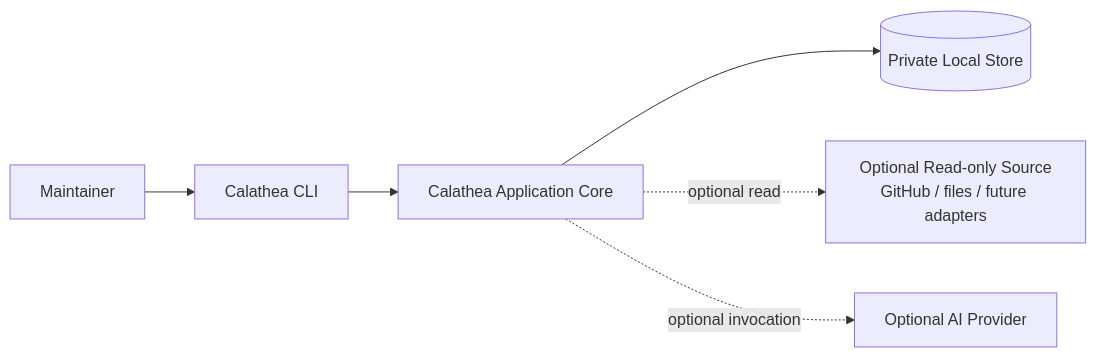
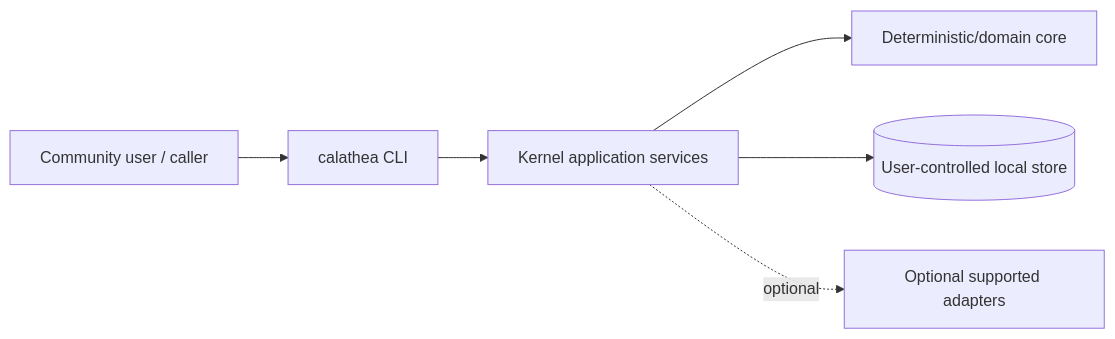
The first of 3 diagrams in docs/architecture/system-context.md (hackelia-micrantha/calathea-community), drawn with Mermaid before and after one commit. The commit also changed other lines of this file, not shown here.

Commit message:
docs: scope system context to community kernel

````diff
--- a/docs/architecture/system-context.md
+++ b/docs/architecture/system-context.md
@@ -17,15 +21,15 @@
 ```mermaid
 flowchart LR
-    U[Maintainer]
-    C[Calathea CLI]
-    A[Calathea Application Core]
-    S[(Private Local Store)]
-    G[Optional Read-only Source\nGitHub / files / future adapters]
-    AI[Optional AI Provider]
+    U[Community user / caller]
+    C[calathea CLI]
+    A[Kernel application services]
+    D[Deterministic/domain core]
+    S[(User-controlled local store)]
+    O[Optional supported adapters]
 
     U --> C
     C --> A
+    A --> D
     A --> S
-    A -. optional read .-> G
-    A -. optional invocation .-> AI
+    A -. optional .-> O
 ```
````
